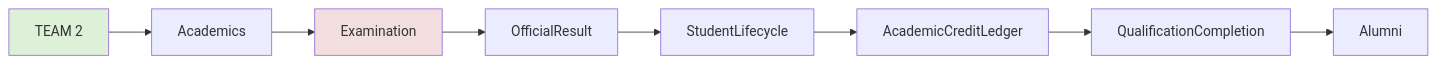
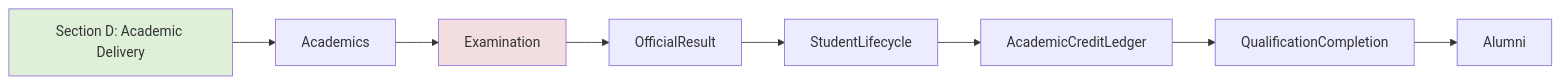
Before and after one commit to Varad1604/ERP_hark: diagram 40 of 42 in architecture/L1_Business_Domain_Architecture/SutraERP_L1_Business_Domain_Architecture_Locked.md, drawn with Mermaid. The commit also changed other lines of this file and 2 other files, not shown here.

First line of the commit message:
Stage 3 (INT-003): remove obsolete two-team ownership model

````diff
--- a/architecture/L1_Business_Domain_Architecture/SutraERP_L1_Business_Domain_Architecture_Locked.md
+++ b/architecture/L1_Business_Domain_Architecture/SutraERP_L1_Business_Domain_Architecture_Locked.md
@@ -2782,34 +2798,34 @@
 ```mermaid
 flowchart LR
 
-Team2["TEAM 2"]
+AcademicDelivery["Section D: Academic Delivery"]
 
 -->Academics
 
 Academics
 
 -->Examination
 
 Examination
 
 -->OfficialResult
 
 OfficialResult
 
 -->StudentLifecycle
 
 StudentLifecycle
 
 -->AcademicCreditLedger
 
 AcademicCreditLedger
 
 -->QualificationCompletion
 
 QualificationCompletion
 
 -->Alumni
 
-style Team2 fill:#dff0d8
+style AcademicDelivery fill:#dff0d8
 style Examination fill:#f2dede
 ```
````
